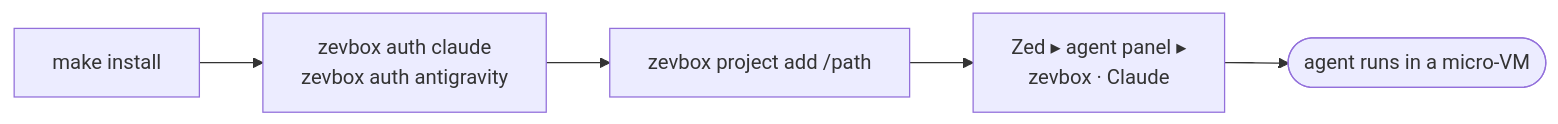
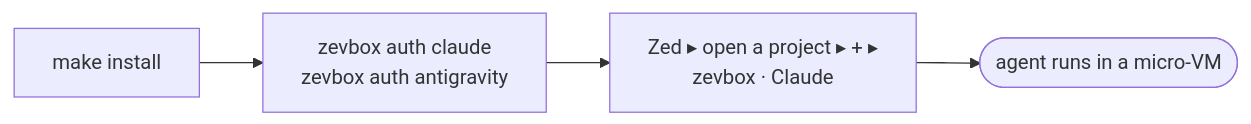
The third of 4 diagrams in README.md (brainztorm/zevbox), drawn with Mermaid before and after one commit. The commit also changed other lines of this file and 25 other files, not shown here.

````diff
--- a/README.md
+++ b/README.md
@@ -114,7 +111,6 @@
 ```mermaid
 flowchart LR
     A["make install"] --> B["zevbox auth claude\nzevbox auth antigravity"]
-    B --> C["zevbox project add /path"]
-    C --> D["Zed ▸ agent panel ▸\nzevbox · Claude"]
+    B --> D["Zed ▸ open a project ▸ + ▸\nzevbox · Claude"]
     D --> E(["agent runs in a micro-VM"])
 ```
````
